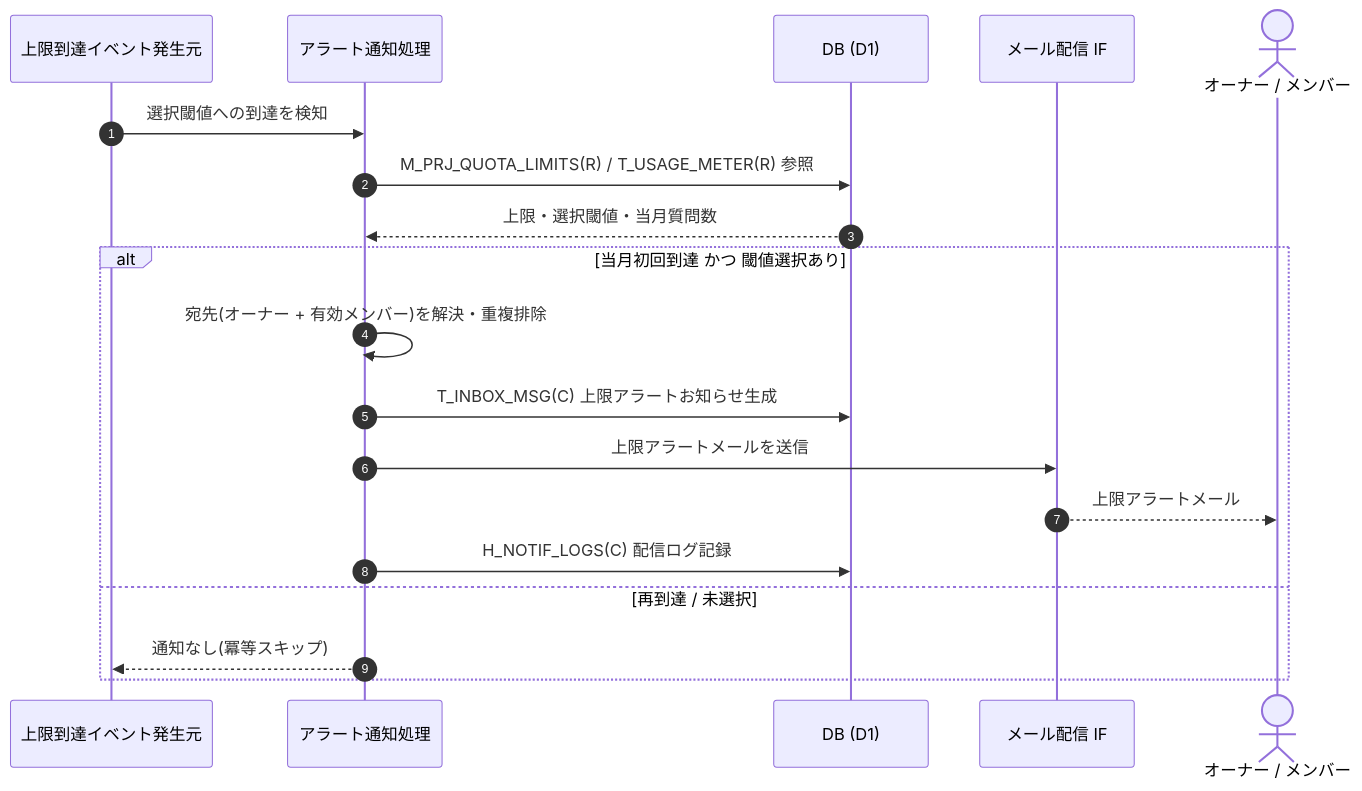
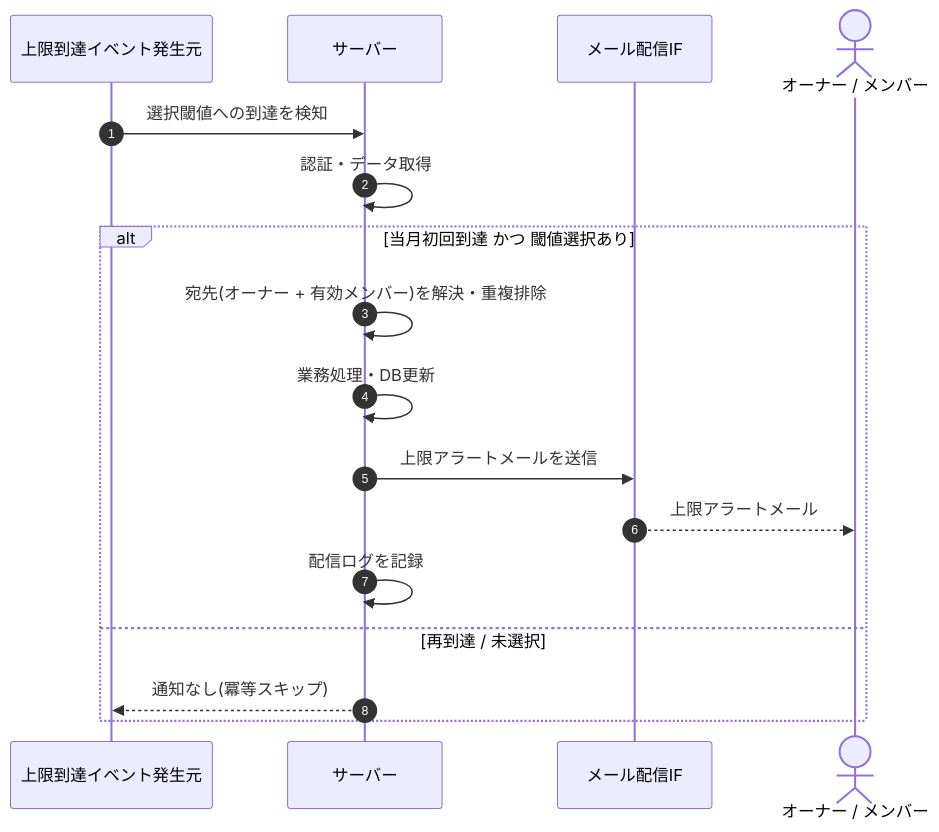
The diagram in 02_basic_design/05_sequences/SEQ-097.md (sikakou54/open-faq), drawn with Mermaid before and after one commit. The commit also changed other lines of this file and 108 other files, not shown here.

First line of the commit message:
基本設計: シーケンス図を基本設計粒度(ユーザー/画面/サーバー)へ再編成

````diff
--- a/02_basic_design/05_sequences/SEQ-097.md
+++ b/02_basic_design/05_sequences/SEQ-097.md
@@ -25,21 +32,19 @@
 ```mermaid
 sequenceDiagram
   autonumber
-  participant E as 上限到達イベント発生元
-  participant A as アラート通知処理
-  participant DB as DB (D1)
-  participant MAIL as メール配信 IF
-  actor R as オーナー / メンバー
-  E->>A: 選択閾値への到達を検知
-  A->>DB: M_PRJ_QUOTA_LIMITS(R) / T_USAGE_METER(R) 参照
-  DB-->>A: 上限・選択閾値・当月質問数
+  participant G as 上限到達イベント発生元
+  participant Server as サーバー
+  participant MAIL as メール配信IF
+  actor U as オーナー / メンバー
+  G->>Server: 選択閾値への到達を検知
+  Server->>Server: 認証・データ取得
   alt 当月初回到達 かつ 閾値選択あり
-    A->>A: 宛先(オーナー + 有効メンバー)を解決・重複排除
-    A->>DB: T_INBOX_MSG(C) 上限アラートお知らせ生成
-    A->>MAIL: 上限アラートメールを送信
-    MAIL-->>R: 上限アラートメール
-    A->>DB: H_NOTIF_LOGS(C) 配信ログ記録
+    Server->>Server: 宛先(オーナー + 有効メンバー)を解決・重複排除
+    Server->>Server: 業務処理・DB更新
+    Server->>MAIL: 上限アラートメールを送信
+    MAIL-->>U: 上限アラートメール
+    Server->>Server: 配信ログを記録
   else 再到達 / 未選択
-    A-->>E: 通知なし(冪等スキップ)
+    Server-->>G: 通知なし(冪等スキップ)
   end
 ```
````
